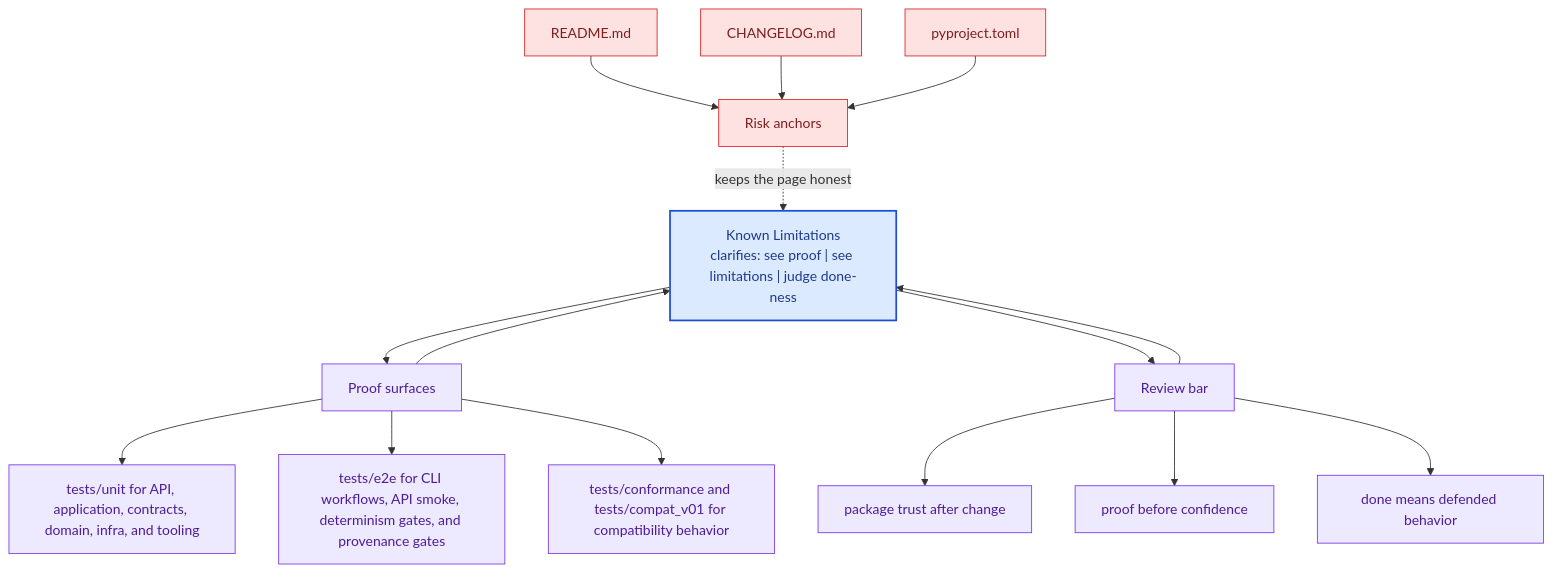
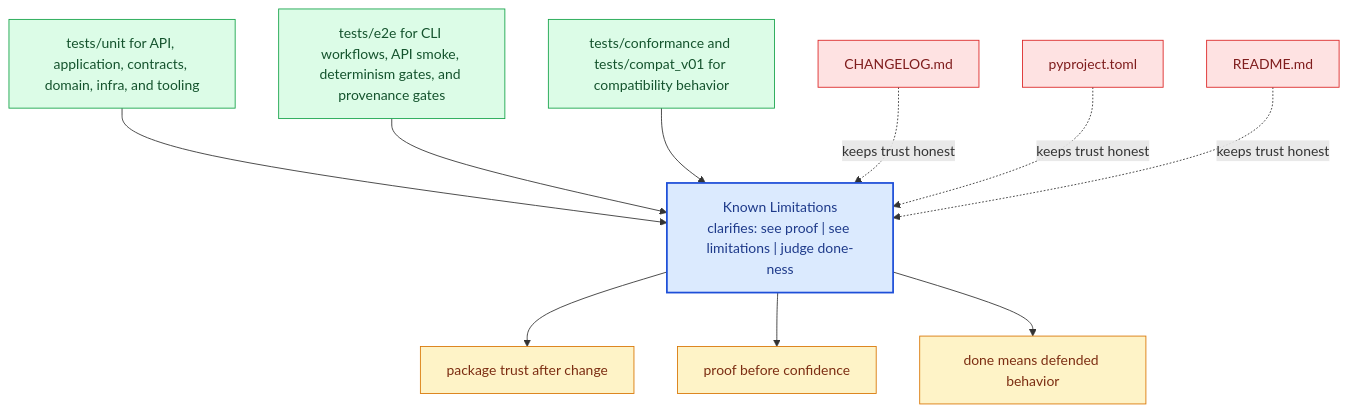
The diagram in docs/bijux-canon-index/quality/known-limitations.md (bijux/bijux-canon), drawn with Mermaid before and after one commit. The commit also changed other lines of this file and 281 other files, not shown here.

Commit message:
docs(diagrams): replace repeated mermaid scaffolds with page-specific summaries

````diff
--- a/docs/bijux-canon-index/quality/known-limitations.md
+++ b/docs/bijux-canon-index/quality/known-limitations.md
@@ -67,41 +22,31 @@
 ```mermaid
 flowchart TB
-    promise["Known Limitations<br/>clarifies: see proof | see limitations | judge done-ness"]
-    classDef promise fill:#dbeafe,stroke:#1d4ed8,color:#1e3a8a,stroke-width:2px;
-    classDef driver fill:#dcfce7,stroke:#16a34a,color:#14532d;
-    classDef constraint fill:#fee2e2,stroke:#dc2626,color:#7f1d1d;
-    classDef ground fill:#ede9fe,stroke:#7c3aed,color:#4c1d95;
-    focus1["Proof surfaces"]
-    focus1 --> promise
-    promise --> focus1
-    focus1_1["tests/unit for API, application, contracts, domain, infra, and tooling"]
-    focus1 --> focus1_1
-    focus1_2["tests/e2e for CLI workflows, API smoke, determinism gates, and provenance gates"]
-    focus1 --> focus1_2
-    focus1_3["tests/conformance and tests/compat_v01 for compatibility behavior"]
-    focus1 --> focus1_3
-    class focus1 ground;
-    class focus1_1,focus1_2,focus1_3 ground;
-    focus2["Risk anchors"]
-    focus2 -.keeps the page honest.-> promise
-    focus2_1["README.md"]
-    focus2_1 --> focus2
-    focus2_2["CHANGELOG.md"]
-    focus2_2 --> focus2
-    focus2_3["pyproject.toml"]
-    focus2_3 --> focus2
-    class focus2 constraint;
-    class focus2_1,focus2_2,focus2_3 constraint;
-    focus3["Review bar"]
-    focus3 --> promise
-    promise --> focus3
-    focus3_1["package trust after change"]
-    focus3 --> focus3_1
-    focus3_2["proof before confidence"]
-    focus3 --> focus3_2
-    focus3_3["done means defended behavior"]
-    focus3 --> focus3_3
-    class focus3 ground;
-    class focus3_1,focus3_2,focus3_3 ground;
-    class promise promise;
+    page["Known Limitations<br/>clarifies: see proof | see limitations | judge done-ness"]
+    classDef page fill:#dbeafe,stroke:#1d4ed8,color:#1e3a8a,stroke-width:2px;
+    classDef positive fill:#dcfce7,stroke:#16a34a,color:#14532d;
+    classDef caution fill:#fee2e2,stroke:#dc2626,color:#7f1d1d;
+    classDef anchor fill:#ede9fe,stroke:#7c3aed,color:#4c1d95;
+    classDef action fill:#fef3c7,stroke:#d97706,color:#7c2d12;
+    proof1["tests/unit for API, application, contracts, domain, infra, and tooling"]
+    proof1 --> page
+    proof2["tests/e2e for CLI workflows, API smoke, determinism gates, and provenance gates"]
+    proof2 --> page
+    proof3["tests/conformance and tests/compat_v01 for compatibility behavior"]
+    proof3 --> page
+    risk1["CHANGELOG.md"]
+    risk1 -.keeps trust honest.-> page
+    risk2["pyproject.toml"]
+    risk2 -.keeps trust honest.-> page
+    risk3["README.md"]
+    risk3 -.keeps trust honest.-> page
+    bar1["package trust after change"]
+    page --> bar1
+    bar2["proof before confidence"]
+    page --> bar2
+    bar3["done means defended behavior"]
+    page --> bar3
+    class page page;
+    class proof1,proof2,proof3 positive;
+    class risk1,risk2,risk3 caution;
+    class bar1,bar2,bar3 action;
 ```
````
